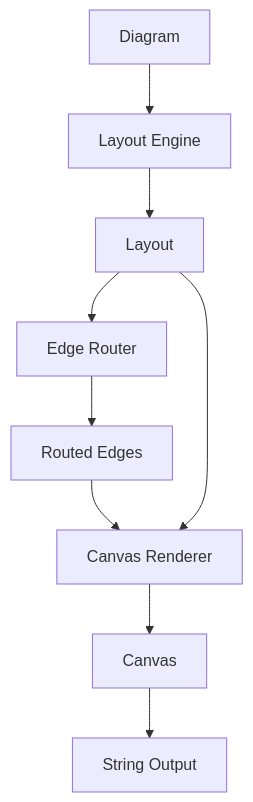
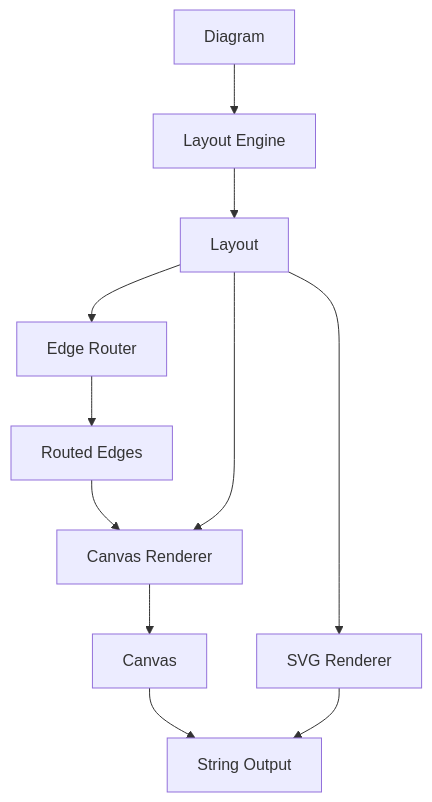
The fourth of 5 diagrams in docs/ARCHITECTURE.md (80avin/mmdflux), drawn with Mermaid before and after one commit. The commit also changed other lines of this file and 23 other files, not shown here.

````diff
--- a/docs/ARCHITECTURE.md
+++ b/docs/ARCHITECTURE.md
@@ -102,11 +102,13 @@
 ```mermaid
 graph TD
     A[Diagram] --> B[Layout Engine]
     B --> C[Layout]
     C --> D[Edge Router]
     D --> E[Routed Edges]
     E --> F[Canvas Renderer]
     C --> F
     F --> G[Canvas]
     G --> H[String Output]
+    C --> I[SVG Renderer]
+    I --> H
 ```
````
